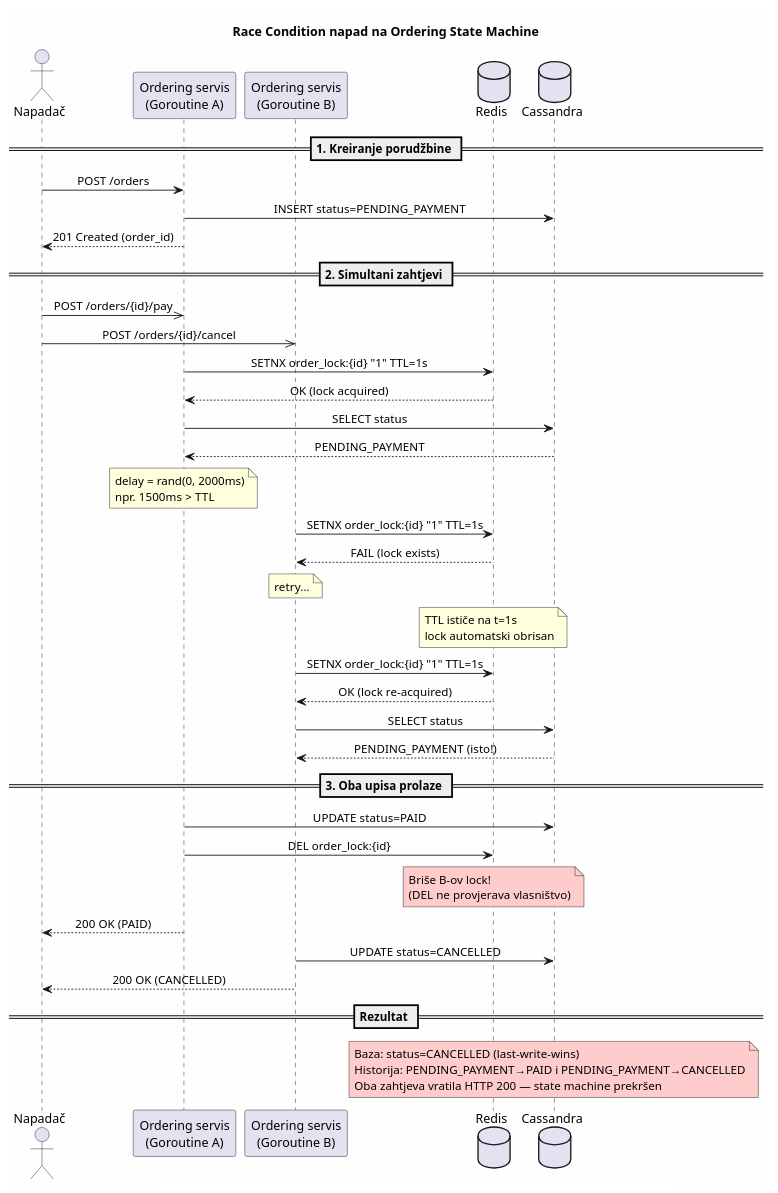
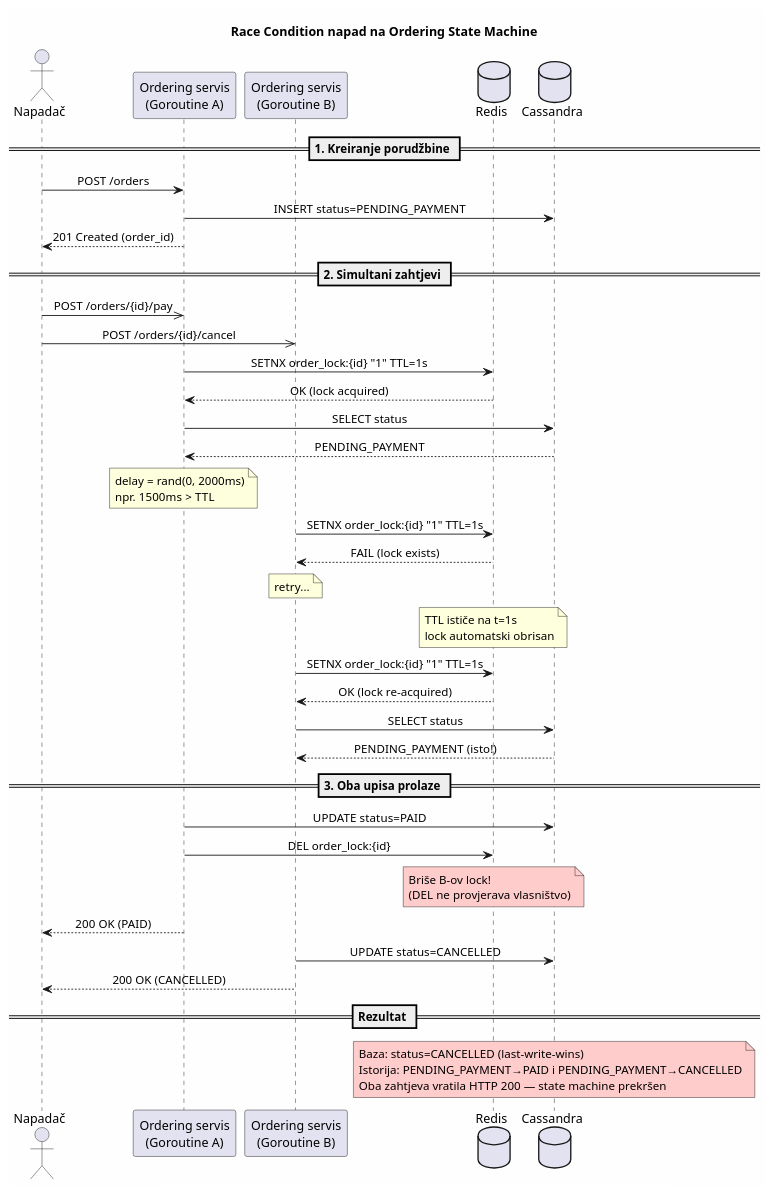
One commit to BulatovicBalsa/zoss changed the diagram in kt3/r225-2025/ordering/attack-sequence.puml. Above: the diagram before and after it, drawn with PlantUML. The commit also changed 4 other files, not shown here.

```diff
--- a/kt3/r225-2025/ordering/attack-sequence.puml
+++ b/kt3/r225-2025/ordering/attack-sequence.puml
@@ -1,63 +1,63 @@
 @startuml
 title Race Condition napad na Ordering State Machine
 
 skinparam backgroundColor #FEFEFE
 skinparam sequenceMessageAlign center
 
 actor "Napadač" as A
 participant "Ordering servis\n(Goroutine A)" as GA
 participant "Ordering servis\n(Goroutine B)" as GB
 database "Redis" as R
 database "Cassandra" as C
 
 == 1. Kreiranje porudžbine ==
 
 A -> GA: POST /orders
 GA -> C: INSERT status=PENDING_PAYMENT
 GA --> A: 201 Created (order_id)
 
 == 2. Simultani zahtjevi ==
 
 A ->> GA: POST /orders/{id}/pay
 A ->> GB: POST /orders/{id}/cancel
 
 GA -> R: SETNX order_lock:{id} "1" TTL=1s
 R --> GA: OK (lock acquired)
 
 GA -> C: SELECT status
 C --> GA: PENDING_PAYMENT
 
 note over GA: delay = rand(0, 2000ms)\nnpr. 1500ms > TTL
 
 GB -> R: SETNX order_lock:{id} "1" TTL=1s
 R --> GB: FAIL (lock exists)
 
 note over GB: retry...
 
 note over R: TTL ističe na t=1s\nlock automatski obrisan
 
 GB -> R: SETNX order_lock:{id} "1" TTL=1s
 R --> GB: OK (lock re-acquired)
 
 GB -> C: SELECT status
 C --> GB: PENDING_PAYMENT (isto!)
 
 == 3. Oba upisa prolaze ==
 
 GA -> C: UPDATE status=PAID
 GA -> R: DEL order_lock:{id}
 note over R #ffcccc: Briše B-ov lock!\n(DEL ne provjerava vlasništvo)
 GA --> A: 200 OK (PAID)
 
 GB -> C: UPDATE status=CANCELLED
 GB --> A: 200 OK (CANCELLED)
 
 == Rezultat ==
 
 note over C #ffcccc
   Baza: status=CANCELLED (last-write-wins)
-  Historija: PENDING_PAYMENT→PAID i PENDING_PAYMENT→CANCELLED
+  Istorija: PENDING_PAYMENT→PAID i PENDING_PAYMENT→CANCELLED
   Oba zahtjeva vratila HTTP 200 — state machine prekršen
 end note
 
 @enduml
```
